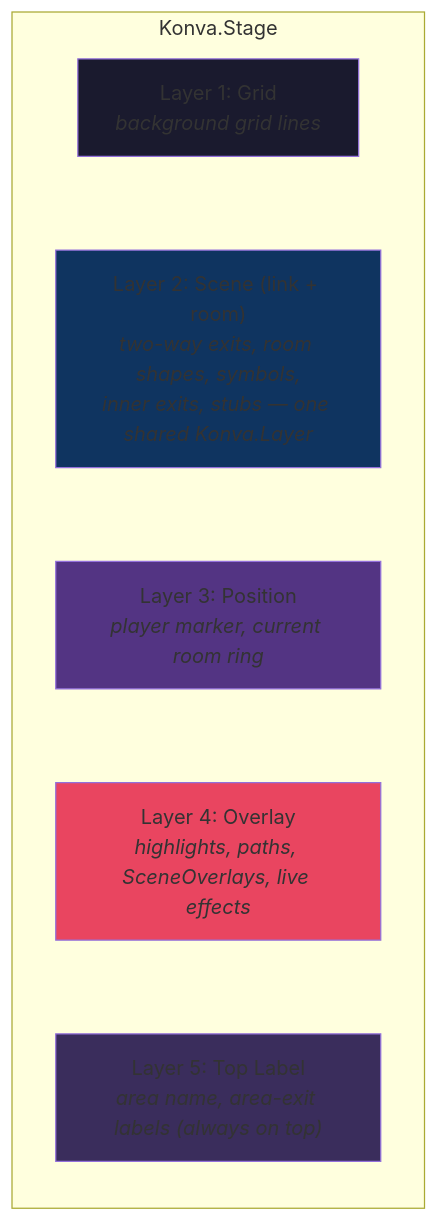
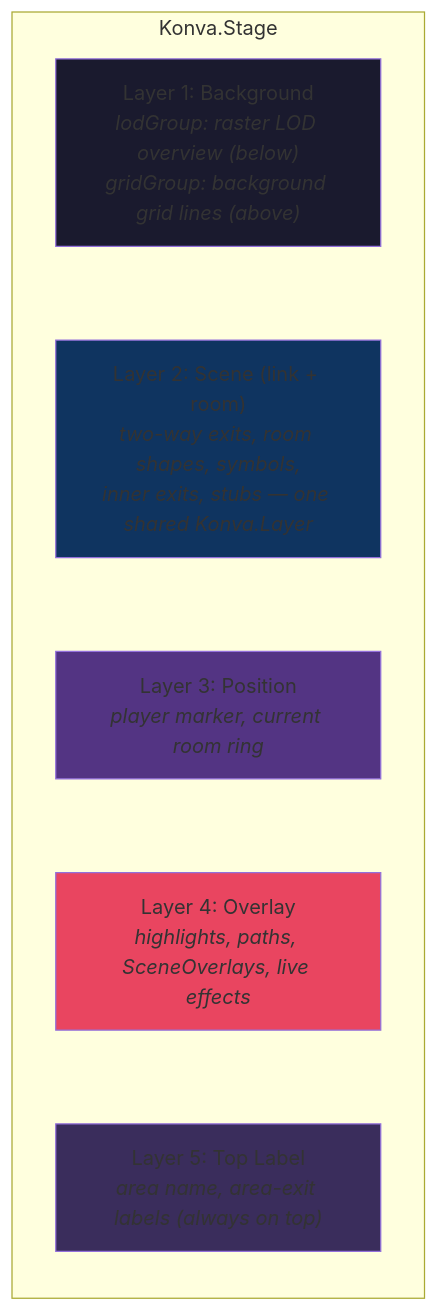
One commit to Delwing/mudlet-map-renderer changed diagram 12 of 17 in docs/architecture.md. Above: the diagram before and after it, drawn with Mermaid. The commit also changed other lines of this file and 8 other files, not shown here.

````diff
--- a/docs/architecture.md
+++ b/docs/architecture.md
@@ -468,19 +480,19 @@
 ```mermaid
 flowchart TB
     subgraph Stage["Konva.Stage"]
         direction TB
-        L1["Layer 1: Grid<br/><i>background grid lines</i>"]
+        L1["Layer 1: Background<br/><i>lodGroup: raster LOD overview (below)<br/>gridGroup: background grid lines (above)</i>"]
         L2["Layer 2: Scene (link + room)<br/><i>two-way exits, room shapes, symbols,<br/>inner exits, stubs — one shared Konva.Layer</i>"]
         L3["Layer 3: Position<br/><i>player marker, current room ring</i>"]
         L4["Layer 4: Overlay<br/><i>highlights, paths, SceneOverlays, live effects</i>"]
         L5["Layer 5: Top Label<br/><i>area name, area-exit labels (always on top)</i>"]
     end
 
     L1 ~~~ L2 ~~~ L3 ~~~ L4 ~~~ L5
 
     style L1 fill:#1a1a2e
     style L2 fill:#0f3460
     style L3 fill:#533483
     style L4 fill:#e94560
     style L5 fill:#3a2d5c
 ```
````
